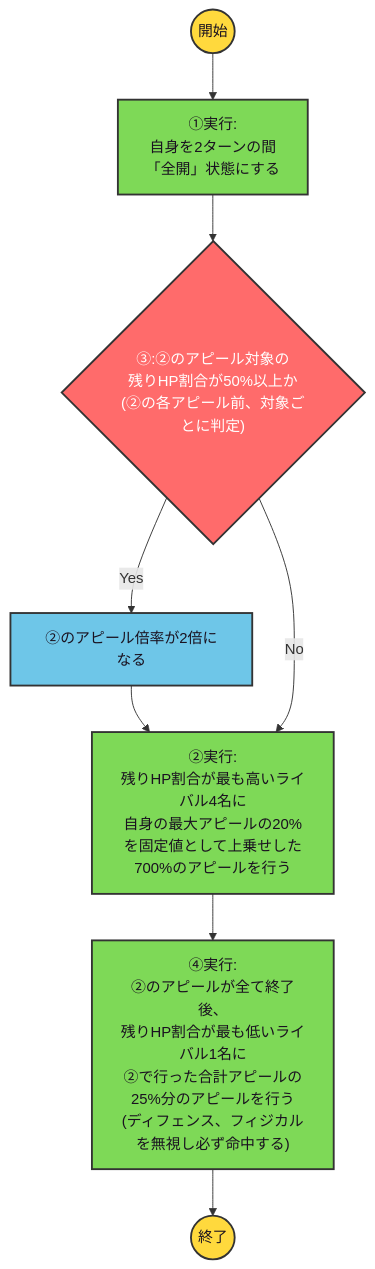
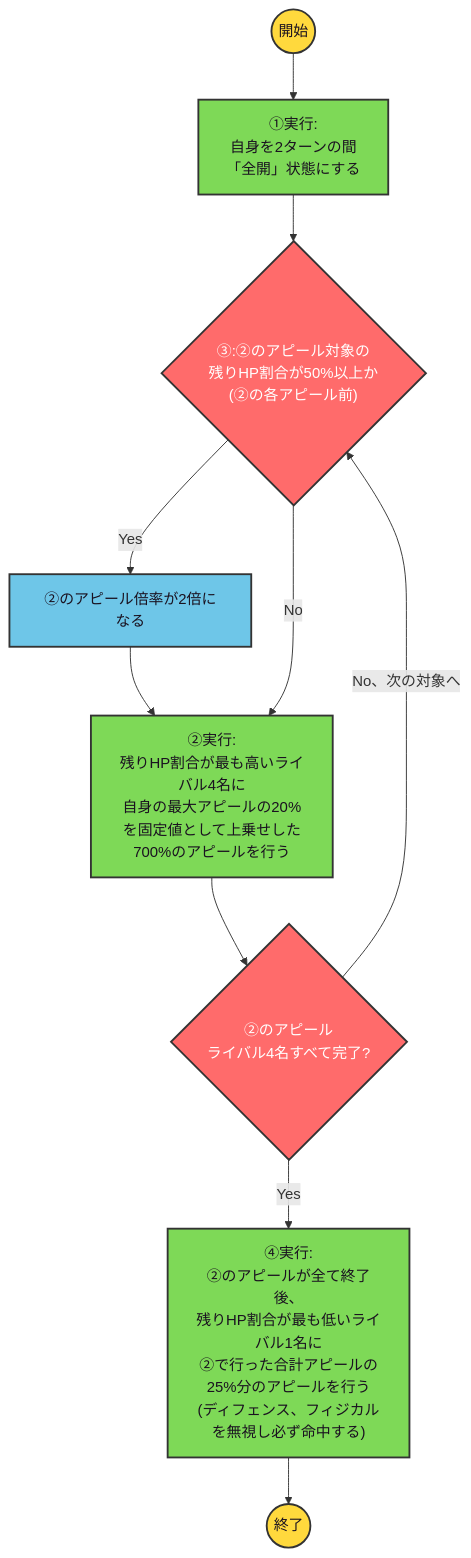
One commit to ryomochi0918/nogifra-characters changed the diagram in data/masuda_mirine/synchronicity_skill1.mmd. Above: the diagram before and after it, drawn with Mermaid. The commit also changed 3 other files, not shown here.

```diff
--- a/data/masuda_mirine/synchronicity_skill1.mmd
+++ b/data/masuda_mirine/synchronicity_skill1.mmd
@@ -1,11 +1,13 @@
 flowchart TD
     classDef startend fill:#FFD93D,stroke:#333,stroke-width:2px,color:#1a1220;
     classDef cond fill:#FF6B6B,stroke:#333,stroke-width:2px,color:#ffffff;
     classDef effect fill:#6EC6E8,stroke:#333,stroke-width:2px,color:#1a1220;
     classDef action fill:#7ED957,stroke:#333,stroke-width:2px,color:#1a1220;
 
     start(("開始")):::startend --> a1["①実行:<br/>自身を2ターンの間<br/>「全開」状態にする"]:::action
-    a1 --> c3{"③:②のアピール対象の<br/>残りHP割合が50%以上か<br/>(②の各アピール前、対象ごとに判定)"}:::cond
+    a1 --> c3{"③:②のアピール対象の<br/>残りHP割合が50%以上か<br/>(②の各アピール前)"}:::cond
     c3 -->|"Yes"| e3["②のアピール倍率が2倍になる"]:::effect --> a2
     c3 -->|"No"| a2["②実行:<br/>残りHP割合が最も高いライバル4名に<br/>自身の最大アピールの20%を固定値として上乗せした<br/>700%のアピールを行う"]:::action
-    a2 --> a4["④実行:<br/>②のアピールが全て終了後、<br/>残りHP割合が最も低いライバル1名に<br/>②で行った合計アピールの25%分のアピールを行う<br/>(ディフェンス、フィジカルを無視し必ず命中する)"]:::action --> finish(("終了")):::startend
+    a2 --> lc2{"②のアピール<br/>ライバル4名すべて完了?"}:::cond
+    lc2 -->|"No、次の対象へ"| c3
+    lc2 -->|"Yes"| a4["④実行:<br/>②のアピールが全て終了後、<br/>残りHP割合が最も低いライバル1名に<br/>②で行った合計アピールの25%分のアピールを行う<br/>(ディフェンス、フィジカルを無視し必ず命中する)"]:::action --> finish(("終了")):::startend
```
